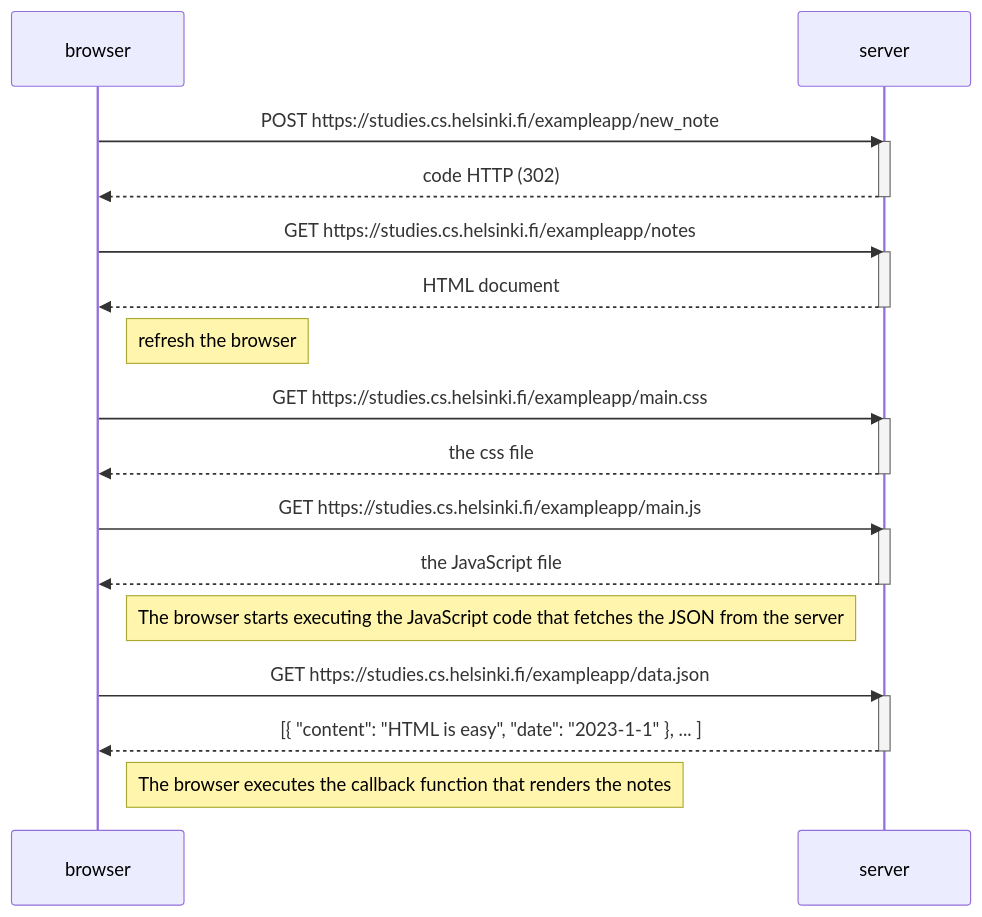
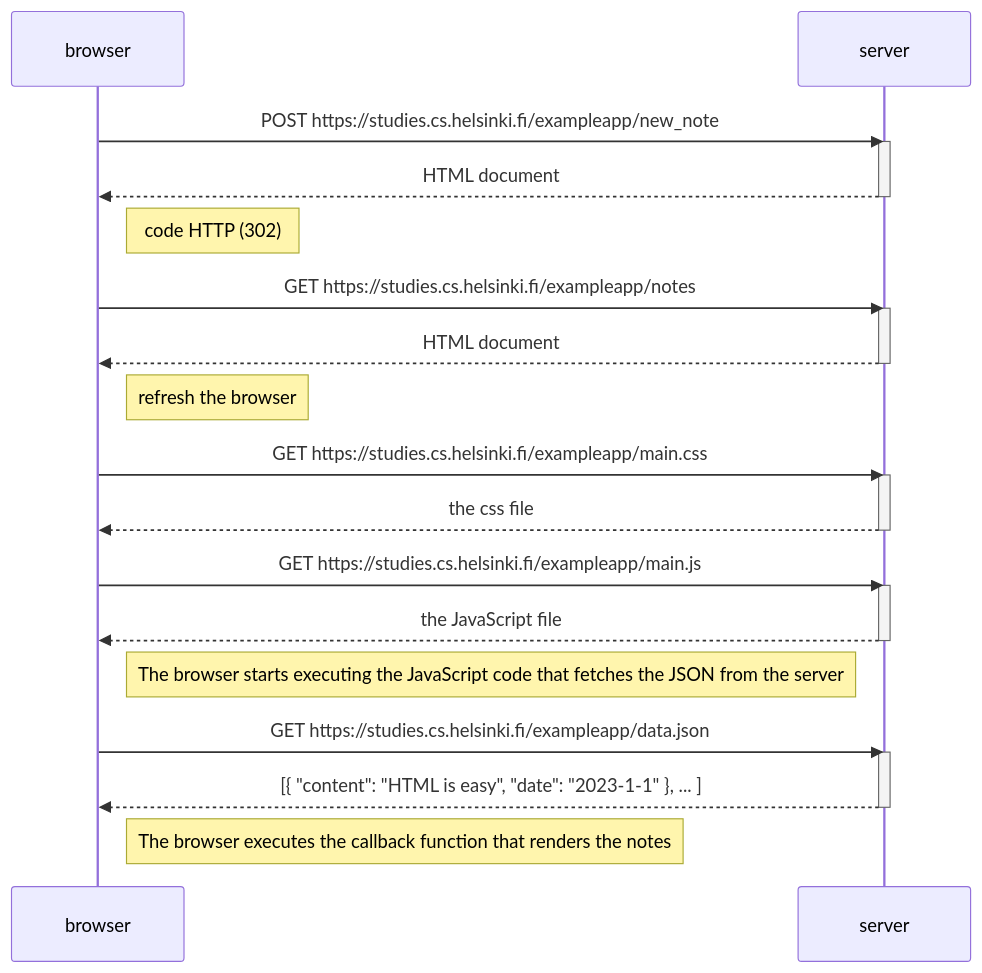
One commit to Kerim1030/FullStackExercise changed the diagram in part0/post.md. Above: the diagram before and after it, drawn with Mermaid. The commit also changed 2 other files, not shown here.

Commit message:
exercise 0.5 and 0.6 and fix exercise 0.4

````diff
--- a/part0/post.md
+++ b/part0/post.md
@@ -1,37 +1,39 @@
 ```mermaid
 sequenceDiagram
     participant browser
     participant server
 
     browser->>server: POST https://studies.cs.helsinki.fi/exampleapp/new_note
     activate server
-    server-->>browser: code HTTP (302)
+    server-->>browser: HTML document
     deactivate server
+
+    Note right of browser : code HTTP (302)
 
 
     browser->>server: GET https://studies.cs.helsinki.fi/exampleapp/notes
     activate server
     server-->>browser: HTML document
     deactivate server
-    
+
     Note right of browser : refresh the browser
 
     browser->>server: GET https://studies.cs.helsinki.fi/exampleapp/main.css
     activate server
     server-->>browser: the css file
     deactivate server
 
     browser->>server: GET https://studies.cs.helsinki.fi/exampleapp/main.js
     activate server
     server-->>browser: the JavaScript file
     deactivate server
 
     Note right of browser: The browser starts executing the JavaScript code that fetches the JSON from the server
 
     browser->>server: GET https://studies.cs.helsinki.fi/exampleapp/data.json
     activate server
     server-->>browser: [{ "content": "HTML is easy", "date": "2023-1-1" }, ... ]
     deactivate server
 
     Note right of browser: The browser executes the callback function that renders the notes
 ```
````
